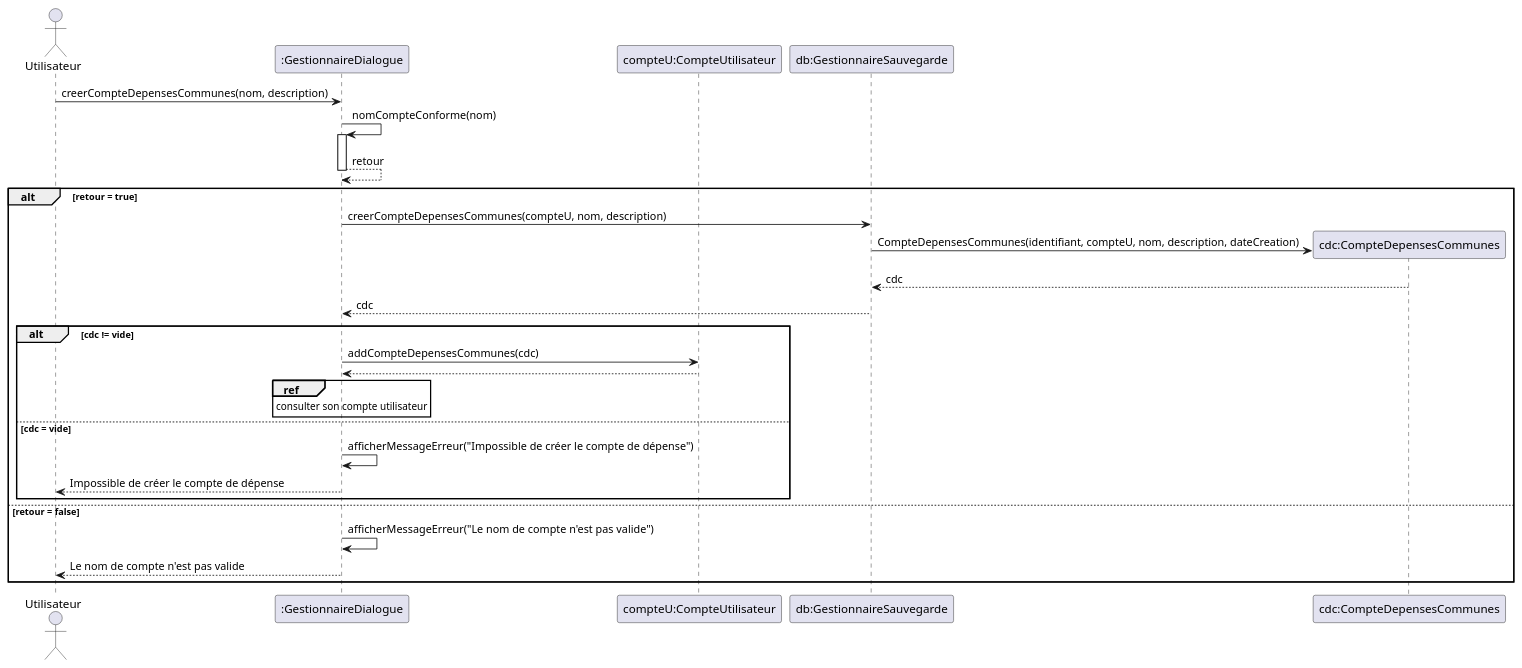
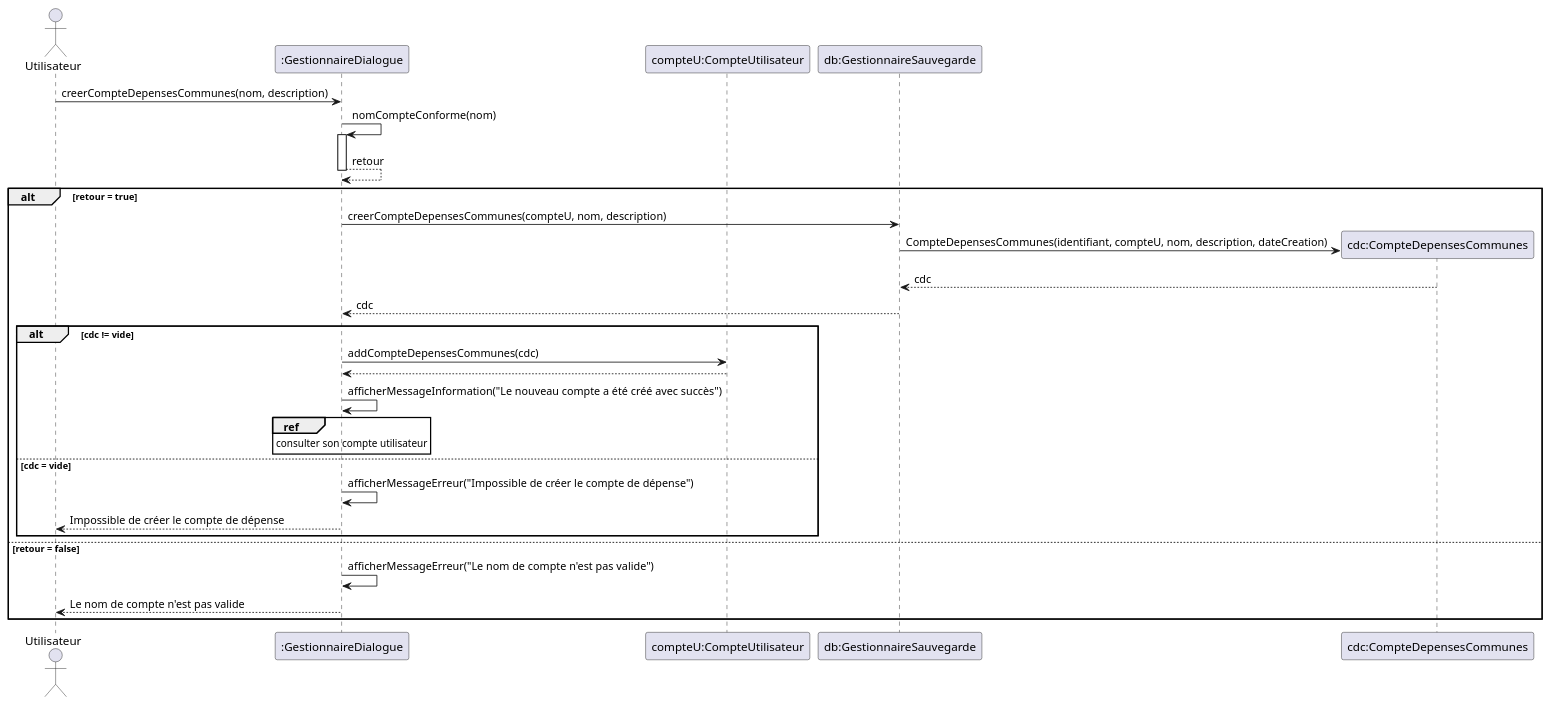
Before and after one commit to lmtb06/sharecount: the diagram in diagrammes/conception/creer-compte-depenses.puml, drawn with PlantUML.

```diff
--- a/diagrammes/conception/creer-compte-depenses.puml
+++ b/diagrammes/conception/creer-compte-depenses.puml
@@ -1,30 +1,31 @@
 @startuml  Creer un compte de dépenses communes
 
 actor "Utilisateur" as us
 participant ":GestionnaireDialogue" as gd
 participant "compteU:CompteUtilisateur" as cu
 participant "db:GestionnaireSauvegarde" as gs
 participant "cdc:CompteDepensesCommunes" as cdc
 
 us 	-> 	gd : creerCompteDepensesCommunes(nom, description)
 ' verification du nom
 gd 	-> 	gd ++: nomCompteConforme(nom)
 gd 	--> 	gd --: retour
 alt retour = true
 gd 	-> 	gs : creerCompteDepensesCommunes(compteU, nom, description)
 gs 	-> 	cdc **: CompteDepensesCommunes(identifiant, compteU, nom, description, dateCreation)
 cdc --> gs : cdc
 gs --> 	gd : cdc
 alt cdc != vide
 gd -> 	cu : addCompteDepensesCommunes(cdc)
 cu 	--> gd :
+gd -> gd : afficherMessageInformation("Le nouveau compte a été créé avec succès")
 ref over gd : consulter son compte utilisateur
 else cdc = vide
 gd 	-> 	gd 	: afficherMessageErreur("Impossible de créer le compte de dépense")
 gd 	--> 	us : Impossible de créer le compte de dépense
 end
 else retour = false
 gd 	-> 	gd : afficherMessageErreur("Le nom de compte n'est pas valide")
 gd 	--> 	us : Le nom de compte n'est pas valide
 end
 @enduml
```
